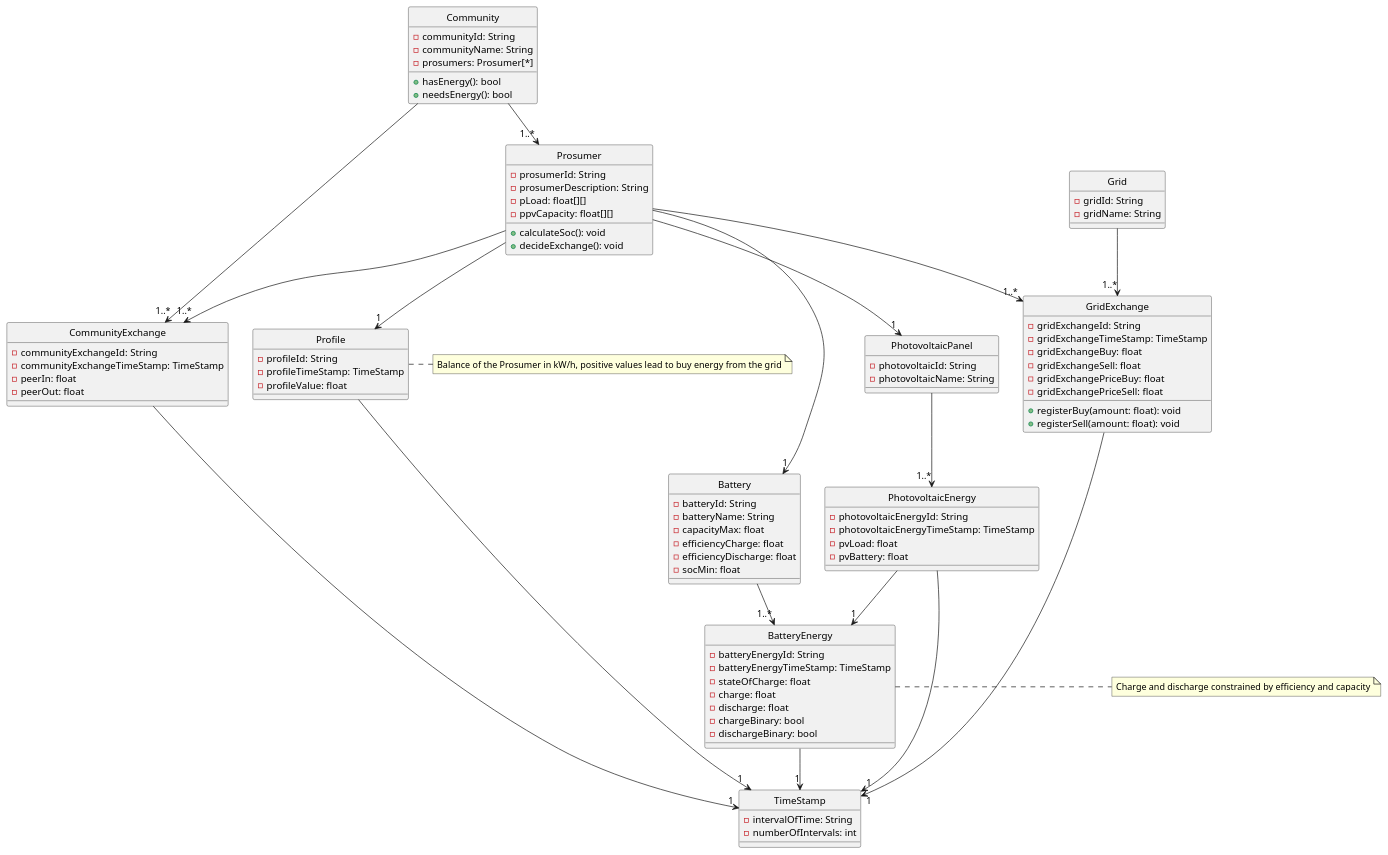
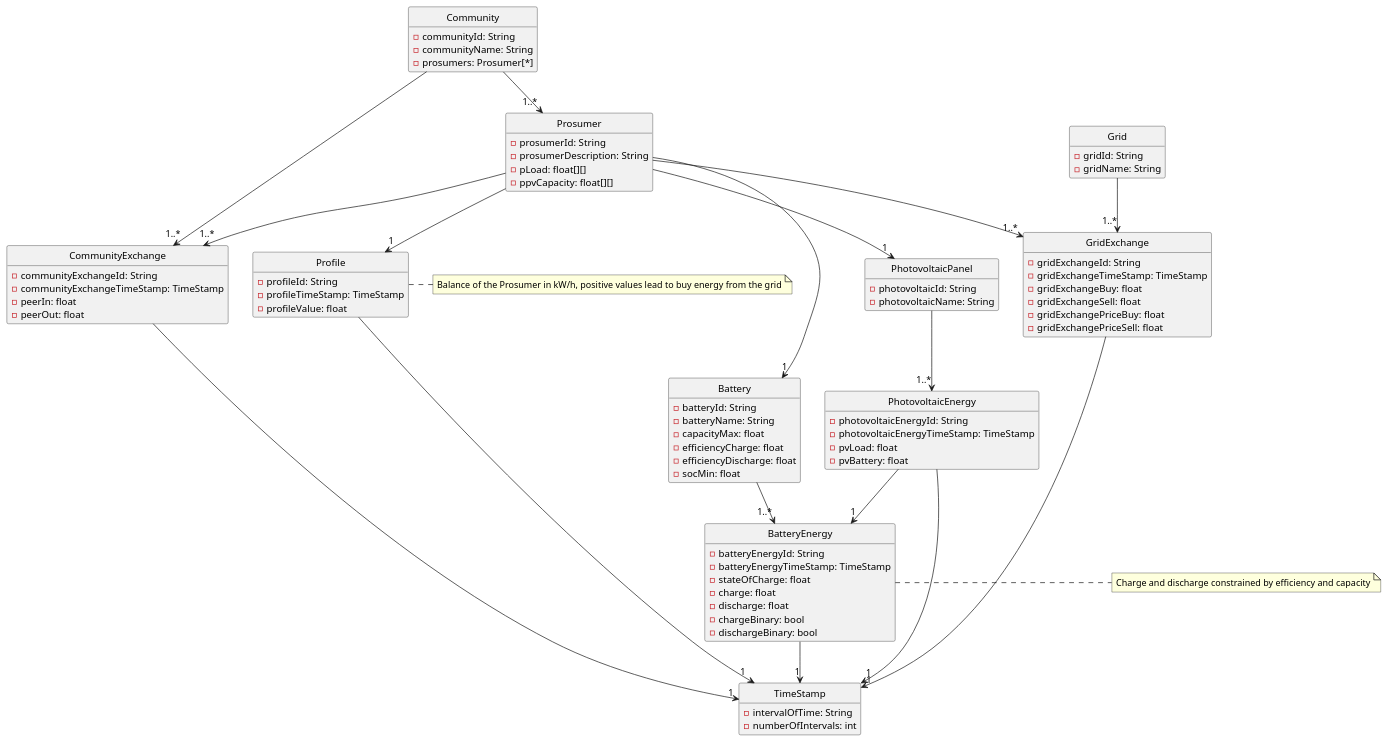
One commit to Phenriquerafael/EnergyComunitiesPlatform changed the diagram in Documentation/ClassDiagram/ClassDiagram3.puml. Above: the diagram before and after it, drawn with PlantUML. The commit also changed 36 other files, not shown here.

```diff
--- a/Documentation/ClassDiagram/ClassDiagram3.puml
+++ b/Documentation/ClassDiagram/ClassDiagram3.puml
@@ -1,107 +1,108 @@
 @startuml
 skinparam style strictuml
+hide methods
 
 class Prosumer {
   - prosumerId: String
   - prosumerDescription: String
   - pLoad: float[][]
   - ppvCapacity: float[][]
   + calculateSoc(): void
   + decideExchange(): void
 }
 
 class Profile {
   - profileId: String
   - profileTimeStamp: TimeStamp
   - profileValue: float
 }
 
 class Grid {
   - gridId: String
   - gridName: String
 }
 
 class GridExchange {
   - gridExchangeId: String
   - gridExchangeTimeStamp: TimeStamp
   - gridExchangeBuy: float
   - gridExchangeSell: float
   - gridExchangePriceBuy: float
   - gridExchangePriceSell: float
   + registerBuy(amount: float): void
   + registerSell(amount: float): void
 }
 
 class Community {
   - communityId: String
   - communityName: String
   - prosumers: Prosumer[*]
   + hasEnergy(): bool
   + needsEnergy(): bool
 }
 
 class CommunityExchange {
   - communityExchangeId: String
   - communityExchangeTimeStamp: TimeStamp
   - peerIn: float
   - peerOut: float
 }
 
 class PhotovoltaicPanel {
   - photovoltaicId: String
   - photovoltaicName: String
 }
 
 class PhotovoltaicEnergy {
   - photovoltaicEnergyId: String
   - photovoltaicEnergyTimeStamp: TimeStamp
   - pvLoad: float
   - pvBattery: float
 }
 
 class Battery {
   - batteryId: String
   - batteryName: String
   - capacityMax: float
   - efficiencyCharge: float
   - efficiencyDischarge: float
   - socMin: float
 }
 
 class BatteryEnergy {
   - batteryEnergyId: String
   - batteryEnergyTimeStamp: TimeStamp
   - stateOfCharge: float
   - charge: float
   - discharge: float
   - chargeBinary: bool
   - dischargeBinary: bool
 }
 
 class TimeStamp {
   - intervalOfTime: String
   - numberOfIntervals: int
 }
 
 ' Relacionamentos '
 Prosumer --> "1" Profile
 Prosumer --> "1" PhotovoltaicPanel
 Prosumer --> "1" Battery
 Prosumer --> "1..*" GridExchange
 Prosumer --> "1..*" CommunityExchange
 PhotovoltaicPanel --> "1..*" PhotovoltaicEnergy
 Battery --> "1..*" BatteryEnergy
 Grid --> "1..*" GridExchange
 Community --> "1..*" CommunityExchange
 Community --> "1..*" Prosumer
 PhotovoltaicEnergy --> "1" BatteryEnergy
 Profile --> "1" TimeStamp
 GridExchange --> "1" TimeStamp
 CommunityExchange --> "1" TimeStamp
 PhotovoltaicEnergy --> "1" TimeStamp
 BatteryEnergy --> "1" TimeStamp
 
 note right of Profile: Balance of the Prosumer in kW/h, positive values lead to buy energy from the grid
 note right of BatteryEnergy: Charge and discharge constrained by efficiency and capacity
 
 @enduml
```
